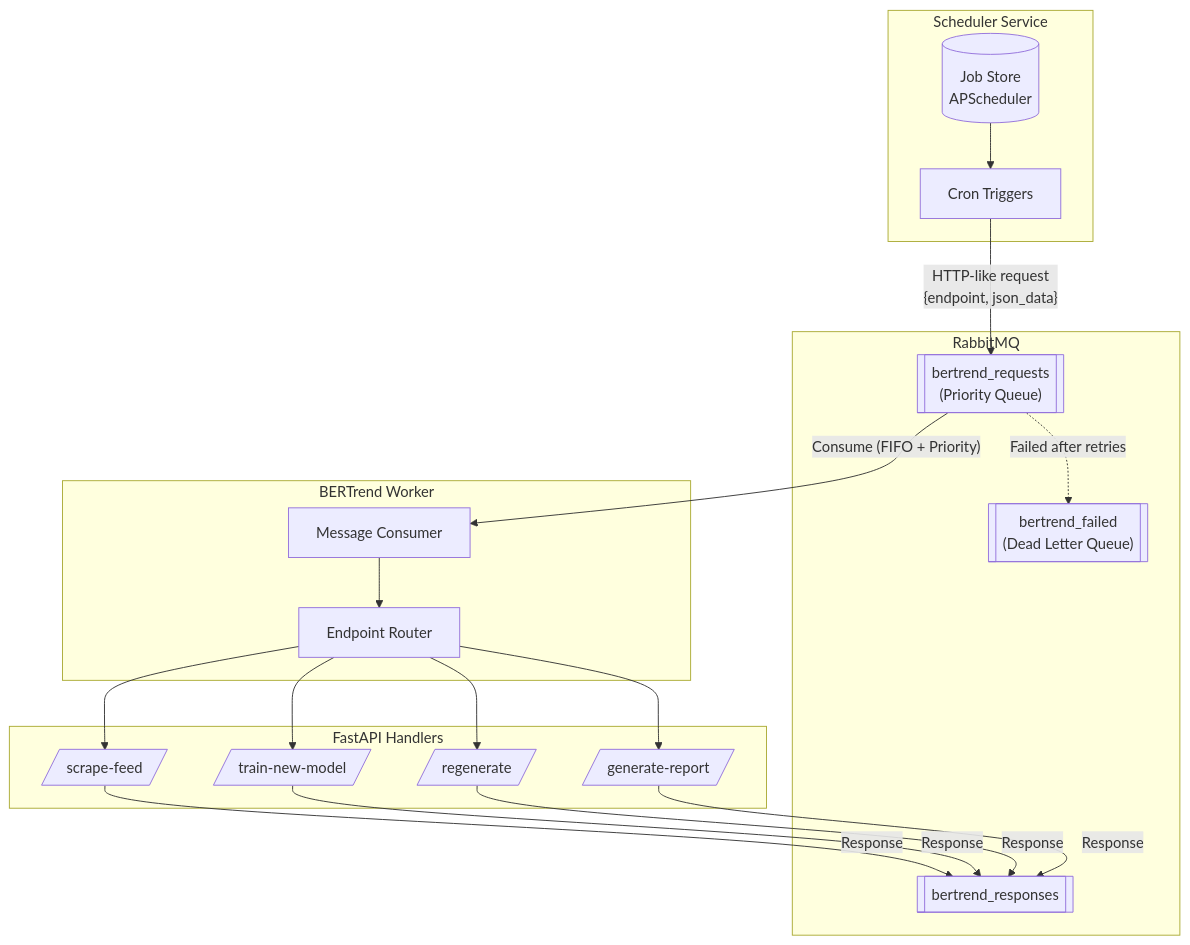
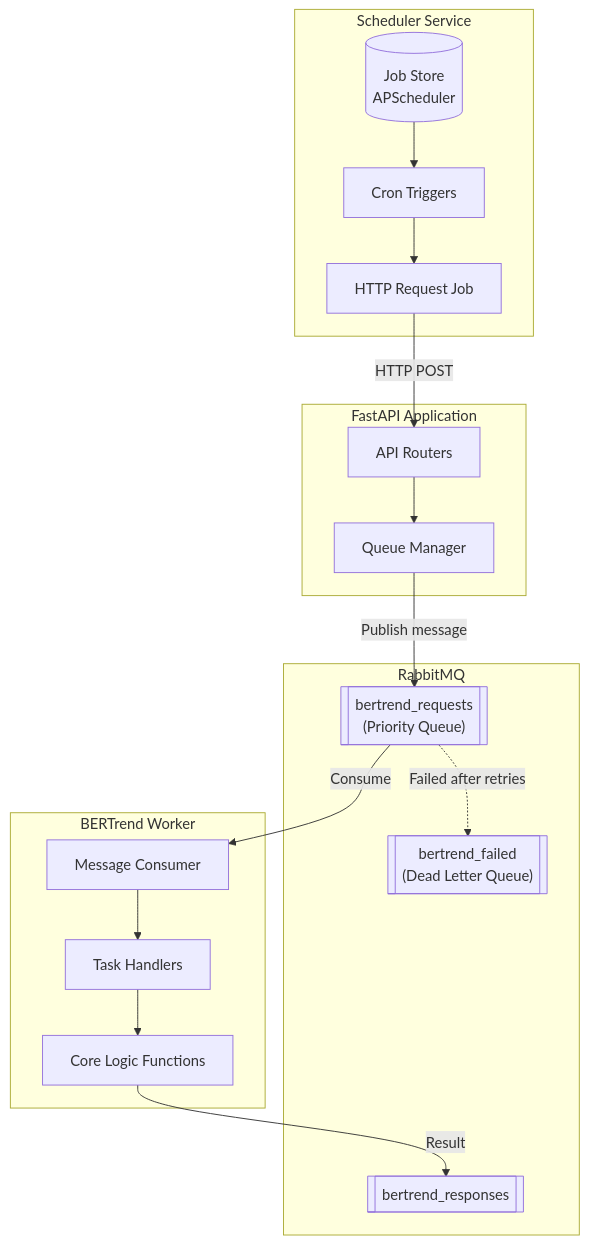
One commit to rte-france/BERTrend changed the second of 2 diagrams in docs/queue_architecture.md. Above: the diagram before and after it, drawn with Mermaid. The commit also changed other lines of this file and 10 other files, not shown here.

````diff
--- a/docs/queue_architecture.md
+++ b/docs/queue_architecture.md
@@ -27,36 +37,36 @@
 ```mermaid
 flowchart TB
     subgraph Scheduler["Scheduler Service"]
         Jobs[(Job Store<br/>APScheduler)]
         Cron[Cron Triggers]
+        HttpJob[HTTP Request Job]
         Jobs --> Cron
+        Cron --> HttpJob
+    end
+
+    subgraph FastAPI["FastAPI Application"]
+        Router[API Routers]
+        QM[Queue Manager]
+        Router --> QM
     end
 
     subgraph RabbitMQ["RabbitMQ"]
         ReqQ[["bertrend_requests<br/>(Priority Queue)"]]
         RespQ[["bertrend_responses"]]
         DLQ[["bertrend_failed<br/>(Dead Letter Queue)"]]
     end
 
     subgraph Worker["BERTrend Worker"]
         Consumer[Message Consumer]
-        Router[Endpoint Router]
-        Consumer --> Router
+        Handlers[Task Handlers]
+        Core[Core Logic Functions]
+        Consumer --> Handlers
+        Handlers --> Core
     end
 
-    subgraph FastAPI["FastAPI Handlers"]
-        SF[/scrape-feed/]
-        TM[/train-new-model/]
-        RG[/regenerate/]
-        GR[/generate-report/]
-    end
-
-    Cron -->|" HTTP-like request<br/>{endpoint, json_data} "| ReqQ
-    ReqQ -->|" Consume (FIFO + Priority) "| Consumer
-    Router --> SF
-    Router --> TM
-    Router --> RG
-    Router --> GR
-    SF & TM & RG & GR -->|Response| RespQ
+    HttpJob -->|" HTTP POST "| Router
+    QM -->|" Publish message "| ReqQ
+    ReqQ -->|" Consume "| Consumer
+    Core -->|Result| RespQ
     ReqQ -.->|" Failed after retries "| DLQ
 ```
````
